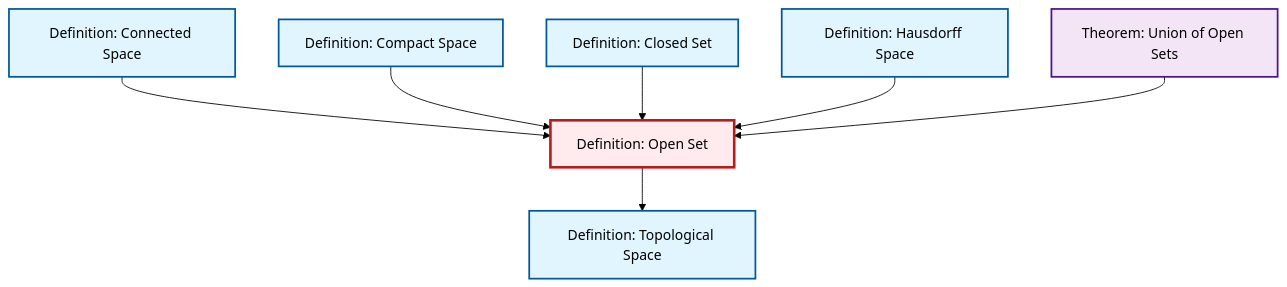
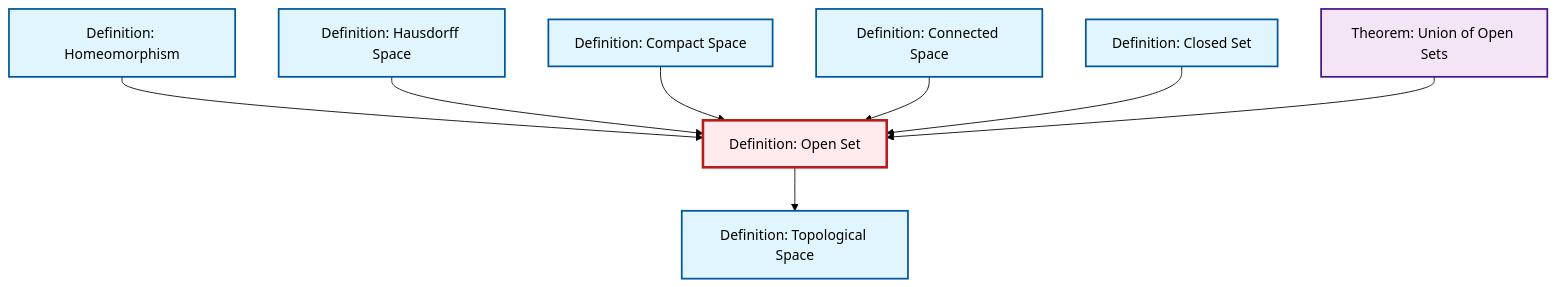
The diagram in content/en/topology/def-open-set.qmd (RK0429/ModernMath), drawn with Mermaid (forest theme) before and after one commit. The commit also changed 474 other files, not shown here.

````diff
--- a/content/en/topology/def-open-set.qmd
+++ b/content/en/topology/def-open-set.qmd
@@ -53,29 +53,32 @@
 ```{mermaid}
 %%| fig-cap: "Local dependency graph"
 graph TD
     classDef definition fill:#e1f5fe,stroke:#01579b,stroke-width:2px
     classDef theorem fill:#f3e5f5,stroke:#4a148c,stroke-width:2px
     classDef axiom fill:#fff3e0,stroke:#e65100,stroke-width:2px
     classDef example fill:#e8f5e9,stroke:#1b5e20,stroke-width:2px
     classDef current fill:#ffebee,stroke:#b71c1c,stroke-width:3px
-    def-topological-space["Definition: Topological Space"]:::definition
-    def-closed-set["Definition: Closed Set"]:::definition
+    def-open-set["Definition: Open Set"]:::definition
+    def-homeomorphism["Definition: Homeomorphism"]:::definition
     thm-union-open-sets["Theorem: Union of Open Sets"]:::theorem
     def-connected["Definition: Connected Space"]:::definition
-    def-open-set["Definition: Open Set"]:::definition
+    def-closed-set["Definition: Closed Set"]:::definition
+    def-topological-space["Definition: Topological Space"]:::definition
     def-hausdorff["Definition: Hausdorff Space"]:::definition
     def-compact["Definition: Compact Space"]:::definition
+    def-homeomorphism --> def-open-set
+    def-hausdorff --> def-open-set
+    def-compact --> def-open-set
+    def-connected --> def-open-set
     def-open-set --> def-topological-space
-    def-connected --> def-open-set
-    def-compact --> def-open-set
     def-closed-set --> def-open-set
-    def-hausdorff --> def-open-set
     thm-union-open-sets --> def-open-set
     class def-open-set current
-    click def-topological-space "def-topological-space.html" "Go to Topological Space definition"
-    click def-closed-set "def-closed-set.html" "Go to Closed Set definition"
+    click def-homeomorphism "def-homeomorphism.html" "Go to Homeomorphism definition"
     click thm-union-open-sets "thm-union-open-sets.html" "Go to Union of Open Sets theorem"
     click def-connected "def-connected.html" "Go to Connected Space definition"
+    click def-closed-set "def-closed-set.html" "Go to Closed Set definition"
+    click def-topological-space "def-topological-space.html" "Go to Topological Space definition"
     click def-hausdorff "def-hausdorff.html" "Go to Hausdorff Space definition"
     click def-compact "def-compact.html" "Go to Compact Space definition"
 ```
````
